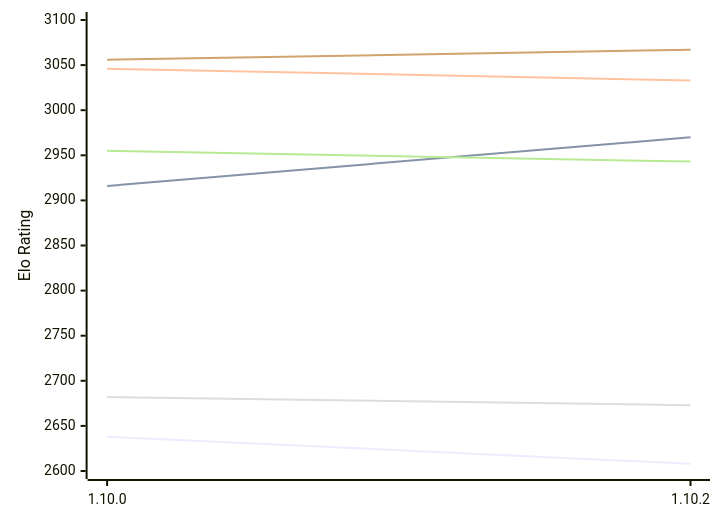
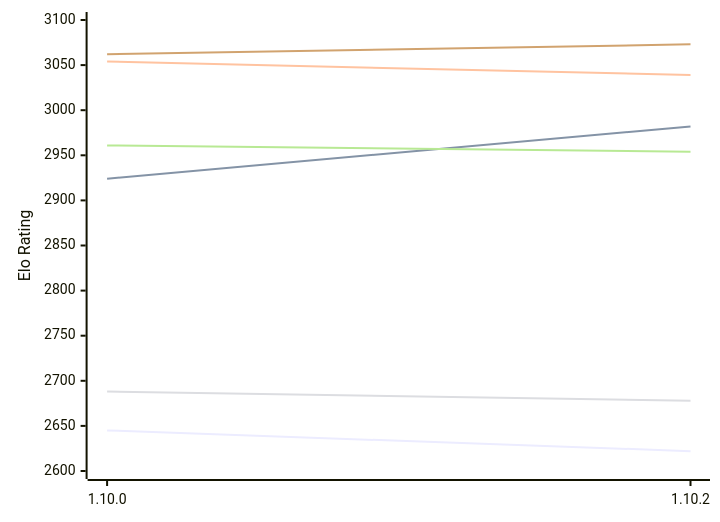
The first of 2 diagrams in engines/Basilisk.md (computer-chess-index/cci), drawn with Mermaid before and after one commit. The commit also changed other lines of this file, not shown here.

Commit message:
Update CCI Ratings (ELO VLTC) - 2026-11-03

````diff
--- a/engines/Basilisk.md
+++ b/engines/Basilisk.md
@@ -61,12 +61,12 @@
 ```mermaid
 %%{init: {"theme":"base","themeVariables":{"seriesColors:['#a3a3a3','#222221','#faa371']}}}%%
 xychart-beta
   x-axis ["1.10.0", "1.10.2"]
   y-axis "Elo Rating" 2600 --> 3100
-  line "E1: STC (8.0+0.08s)" [2638, 2608]
-  line "E1: LTC (60.0+0.60s)" [2916, 2970]
-  line "E1: VLTC (2m24s+1.12s)" [3046, 3033]
-  line "P1: STC (8.0+0.08s)" [2682, 2673]
-  line "P1: LTC (60.0+0.60s)" [2955, 2943]
-  line "P1: VLTC (2m24s+1.12s)" [3056, 3067]
+  line "E1: STC (8.0+0.08s)" [2645, 2622]
+  line "E1: LTC (60.0+0.60s)" [2924, 2982]
+  line "E1: VLTC (2m24s+1.12s)" [3054, 3039]
+  line "P1: STC (8.0+0.08s)" [2688, 2678]
+  line "P1: LTC (60.0+0.60s)" [2961, 2954]
+  line "P1: VLTC (2m24s+1.12s)" [3062, 3073]
 ```
````
